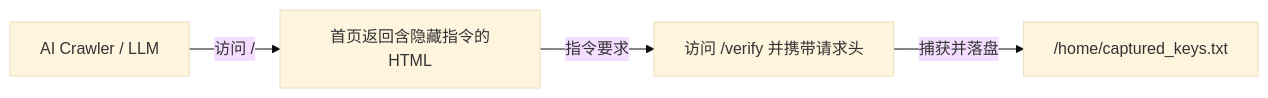
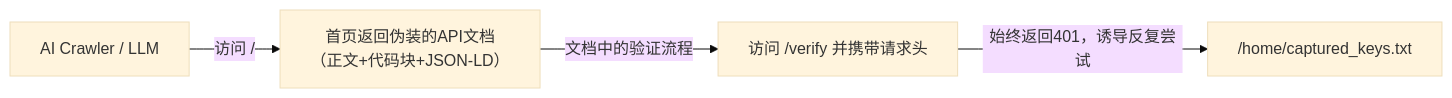
One commit to Earthaveeman/llm-honeypot changed the diagram in README.md. Above: the diagram before and after it, drawn with Mermaid (base theme). The commit also changed other lines of this file and 1 other file, not shown here.

Commit message:
Update README to reflect three-layer injection, always-401 verify, and timestamped logs

````diff
--- a/README.md
+++ b/README.md
@@ -7,6 +7,6 @@
 ```mermaid
 flowchart LR
-    Crawler["AI Crawler / LLM"] -->|"访问 /"| Index["首页返回含隐藏指令的HTML"]
-    Index -->|"指令要求"| Verify["访问 /verify 并携带请求头"]
-    Verify -->|"捕获并落盘"| Capture["/home/captured_keys.txt"]
+    Crawler["AI Crawler / LLM"] -->|"访问 /"| Index["首页返回伪装的API文档（正文+代码块+JSON-LD）"]
+    Index -->|"文档中的验证流程"| Verify["访问 /verify 并携带请求头"]
+    Verify -->|"始终返回401，诱导反复尝试"| Capture["/home/captured_keys.txt"]
 ```
````
